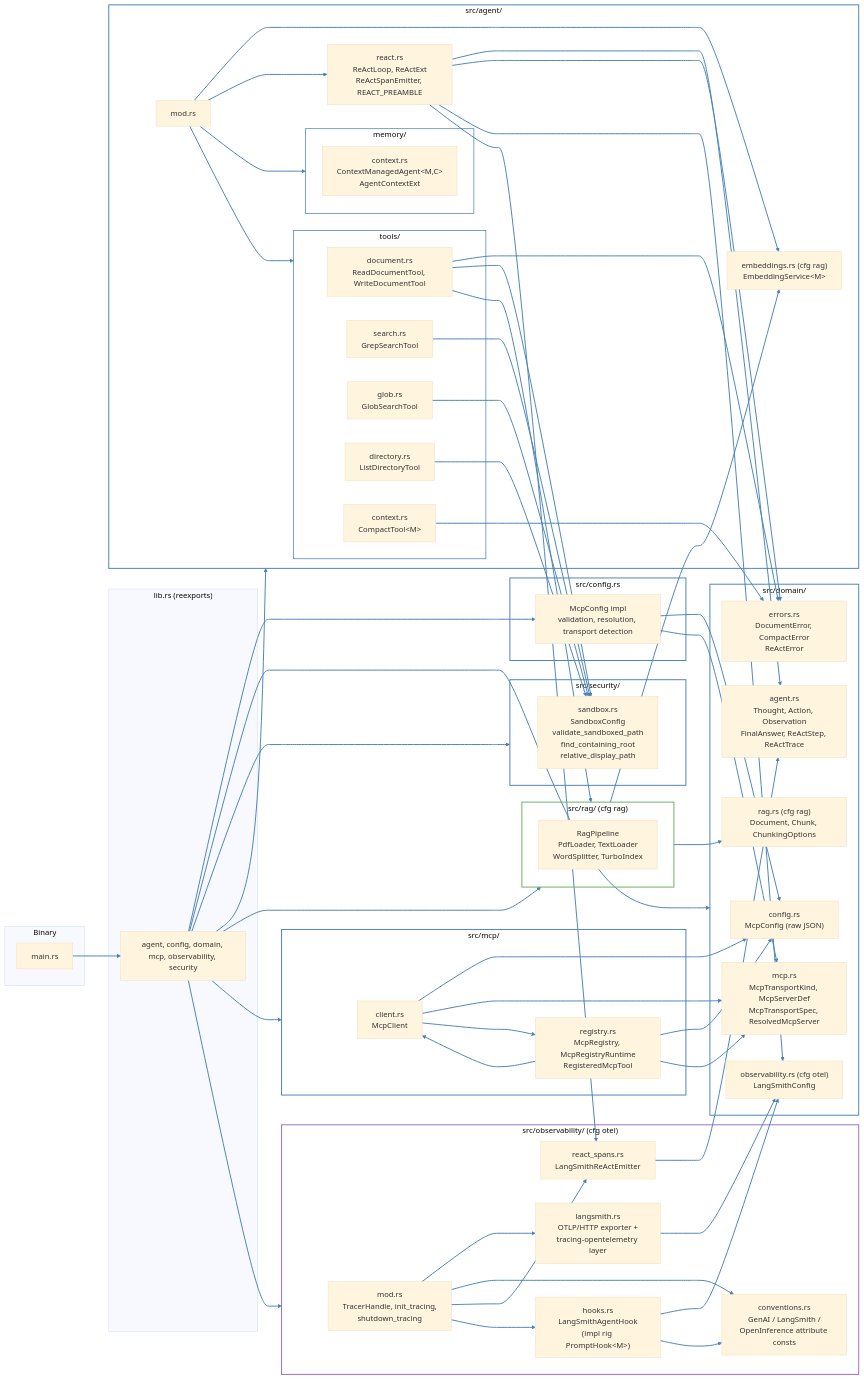
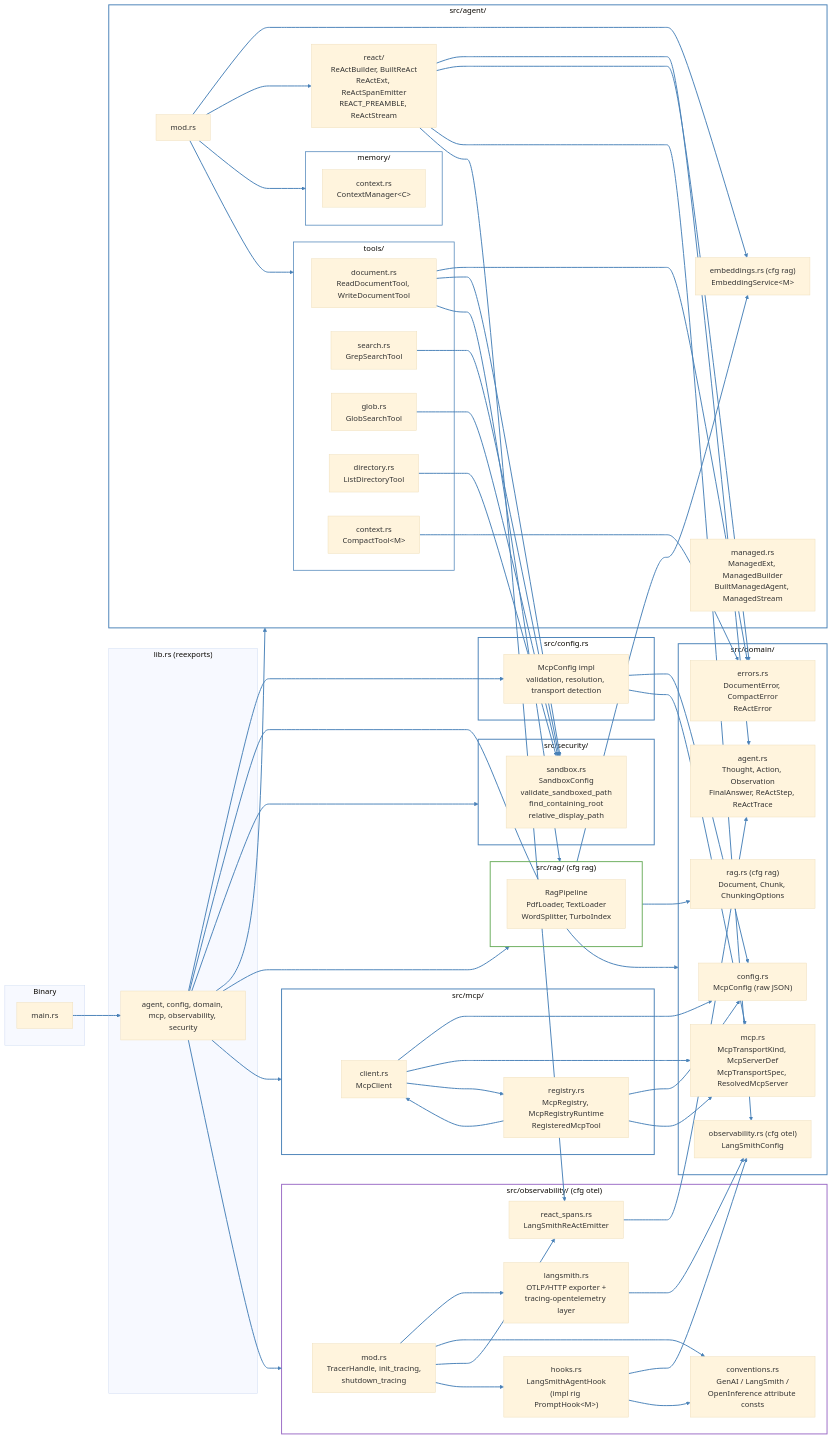
Before and after one commit to skaarfundgandr/agent_rs: the diagram in docs/diagrams/module-dependency.md, drawn with Mermaid (base theme). The commit also changed 7 other files, not shown here.

Commit message:
docs: update documentation, diagrams, and project guide for builders

```diff
--- a/docs/diagrams/module-dependency.md
+++ b/docs/diagrams/module-dependency.md
@@ -30,11 +30,13 @@
     subgraph agent["src/agent/"]
         agent_mod["mod.rs"]
         embeddings["embeddings.rs (cfg rag)<br/>EmbeddingService&lt;M&gt;"]
-        react["react.rs<br/>ReActLoop, ReActExt<br/>ReActSpanEmitter, REACT_PREAMBLE"]
+        react["react/<br/>ReActBuilder, BuiltReAct<br/>ReActExt, ReActSpanEmitter<br/>REACT_PREAMBLE, ReActStream"]
 
         subgraph memory["memory/"]
-            context["context.rs<br/>ContextManagedAgent&lt;M,C&gt;<br/>AgentContextExt"]
+            context["context.rs<br/>ContextManager&lt;C&gt;"]
         end
+
+        managed["managed.rs<br/>ManagedExt, ManagedBuilder<br/>BuiltManagedAgent, ManagedStream"]
 
         subgraph tools["tools/"]
             document["document.rs<br/>ReadDocumentTool, WriteDocumentTool"]
```
